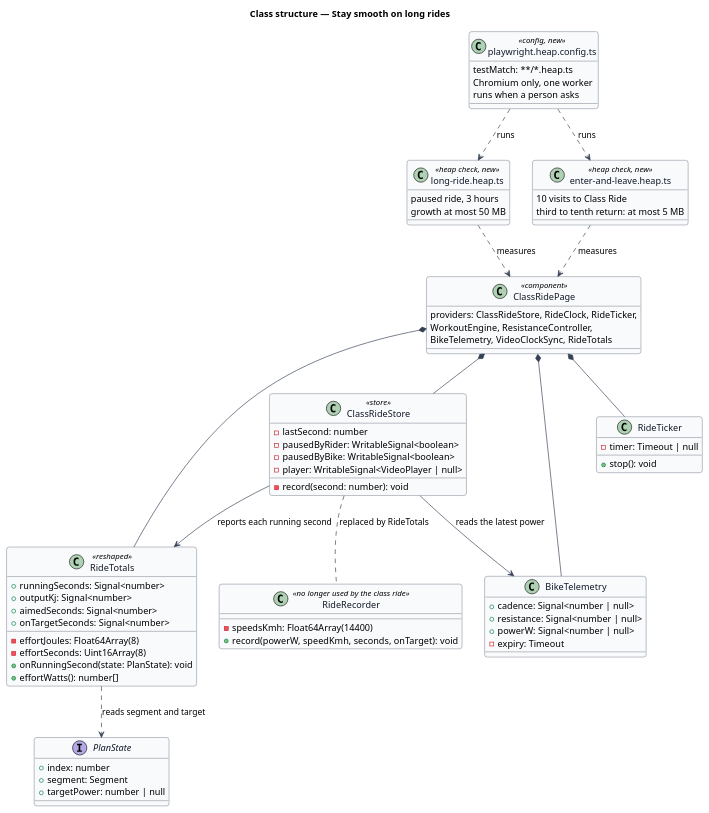
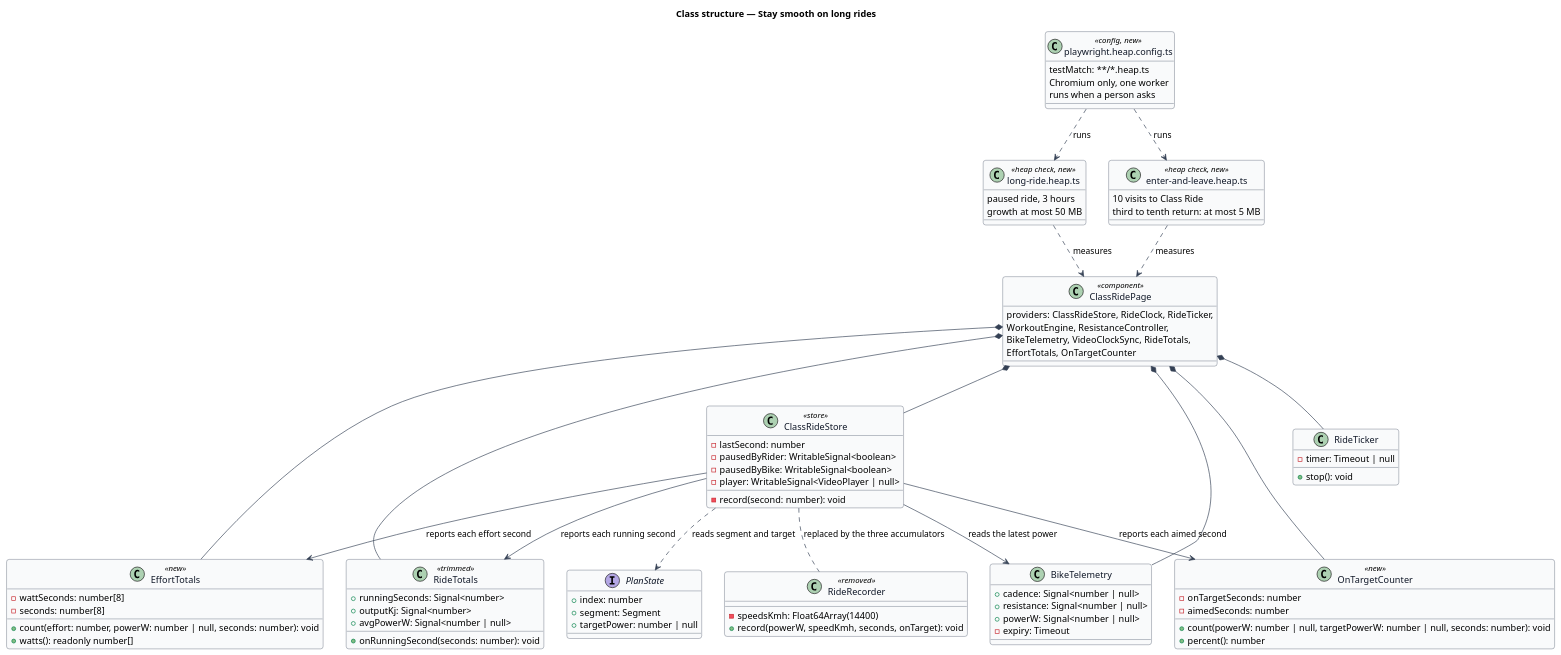
One commit to QuinntyneBrown/ride-one changed the diagram in docs/detailed-designs/performance/stay-smooth-on-long-rides/diagrams/class-structure.puml. Above: the diagram before and after it, drawn with PlantUML. The commit also changed 106 other files, not shown here.

First line of the commit message:
Reconcile shared names and flows across the Telo Ride 1 designs

```diff
--- a/docs/detailed-designs/performance/stay-smooth-on-long-rides/diagrams/class-structure.puml
+++ b/docs/detailed-designs/performance/stay-smooth-on-long-rides/diagrams/class-structure.puml
@@ -1,92 +1,104 @@
 @startuml
 ' --- shared skin header ---
 skinparam backgroundColor #FFFFFF
 skinparam shadowing false
 skinparam roundcorner 8
 skinparam defaultFontName Arial
 skinparam ArrowColor #344054
 skinparam class {
   BorderColor #344054
   FontColor #101828
   BackgroundColor #F9FAFB
 }
 ' --------------------------
 title Class structure — Stay smooth on long rides
 
-class RideTotals <<reshaped>> {
+class RideTotals <<trimmed>> {
   +runningSeconds: Signal<number>
   +outputKj: Signal<number>
-  +aimedSeconds: Signal<number>
-  +onTargetSeconds: Signal<number>
-  -effortJoules: Float64Array(8)
-  -effortSeconds: Uint16Array(8)
-  +onRunningSecond(state: PlanState): void
-  +effortWatts(): number[]
+  +avgPowerW: Signal<number | null>
+  +onRunningSecond(seconds: number): void
 }
-
-class RideRecorder <<no longer used by the class ride>> {
+class EffortTotals <<new>> {
+  -wattSeconds: number[8]
+  -seconds: number[8]
+  +count(effort: number, powerW: number | null, seconds: number): void
+  +watts(): readonly number[]
+}
+class OnTargetCounter <<new>> {
+  -onTargetSeconds: number
+  -aimedSeconds: number
+  +count(powerW: number | null, targetPowerW: number | null, seconds: number): void
+  +percent(): number
+}
+class RideRecorder <<removed>> {
   -speedsKmh: Float64Array(14400)
   +record(powerW, speedKmh, seconds, onTarget): void
 }
 
 class ClassRideStore <<store>> {
   -lastSecond: number
   -pausedByRider: WritableSignal<boolean>
   -pausedByBike: WritableSignal<boolean>
   -player: WritableSignal<VideoPlayer | null>
   -record(second: number): void
 }
 
 class ClassRidePage <<component>> {
   providers: ClassRideStore, RideClock, RideTicker,
   WorkoutEngine, ResistanceController,
-  BikeTelemetry, VideoClockSync, RideTotals
+  BikeTelemetry, VideoClockSync, RideTotals,
+  EffortTotals, OnTargetCounter
 }
 
 class BikeTelemetry {
   +cadence: Signal<number | null>
   +resistance: Signal<number | null>
   +powerW: Signal<number | null>
   -expiry: Timeout
 }
 
 class RideTicker {
   -timer: Timeout | null
   +stop(): void
 }
 
 interface PlanState {
   +index: number
   +segment: Segment
   +targetPower: number | null
 }
 
 class "long-ride.heap.ts" as LongRide <<heap check, new>> {
   paused ride, 3 hours
   growth at most 50 MB
 }
 
 class "enter-and-leave.heap.ts" as EnterLeave <<heap check, new>> {
   10 visits to Class Ride
   third to tenth return: at most 5 MB
 }
 
 class "playwright.heap.config.ts" as HeapConfig <<config, new>> {
   testMatch: **/*.heap.ts
   Chromium only, one worker
   runs when a person asks
 }
 
 ClassRidePage *-- ClassRideStore
 ClassRidePage *-- RideTotals
+ClassRidePage *-- EffortTotals
+ClassRidePage *-- OnTargetCounter
 ClassRidePage *-- BikeTelemetry
 ClassRidePage *-- RideTicker
 ClassRideStore --> RideTotals : reports each running second
+ClassRideStore --> EffortTotals : reports each effort second
+ClassRideStore --> OnTargetCounter : reports each aimed second
 ClassRideStore --> BikeTelemetry : reads the latest power
-RideTotals ..> PlanState : reads segment and target
-ClassRideStore .. RideRecorder : replaced by RideTotals
+ClassRideStore ..> PlanState : reads segment and target
+ClassRideStore .. RideRecorder : replaced by the three accumulators
 HeapConfig ..> LongRide : runs
 HeapConfig ..> EnterLeave : runs
 LongRide ..> ClassRidePage : measures
 EnterLeave ..> ClassRidePage : measures
 @enduml
```
